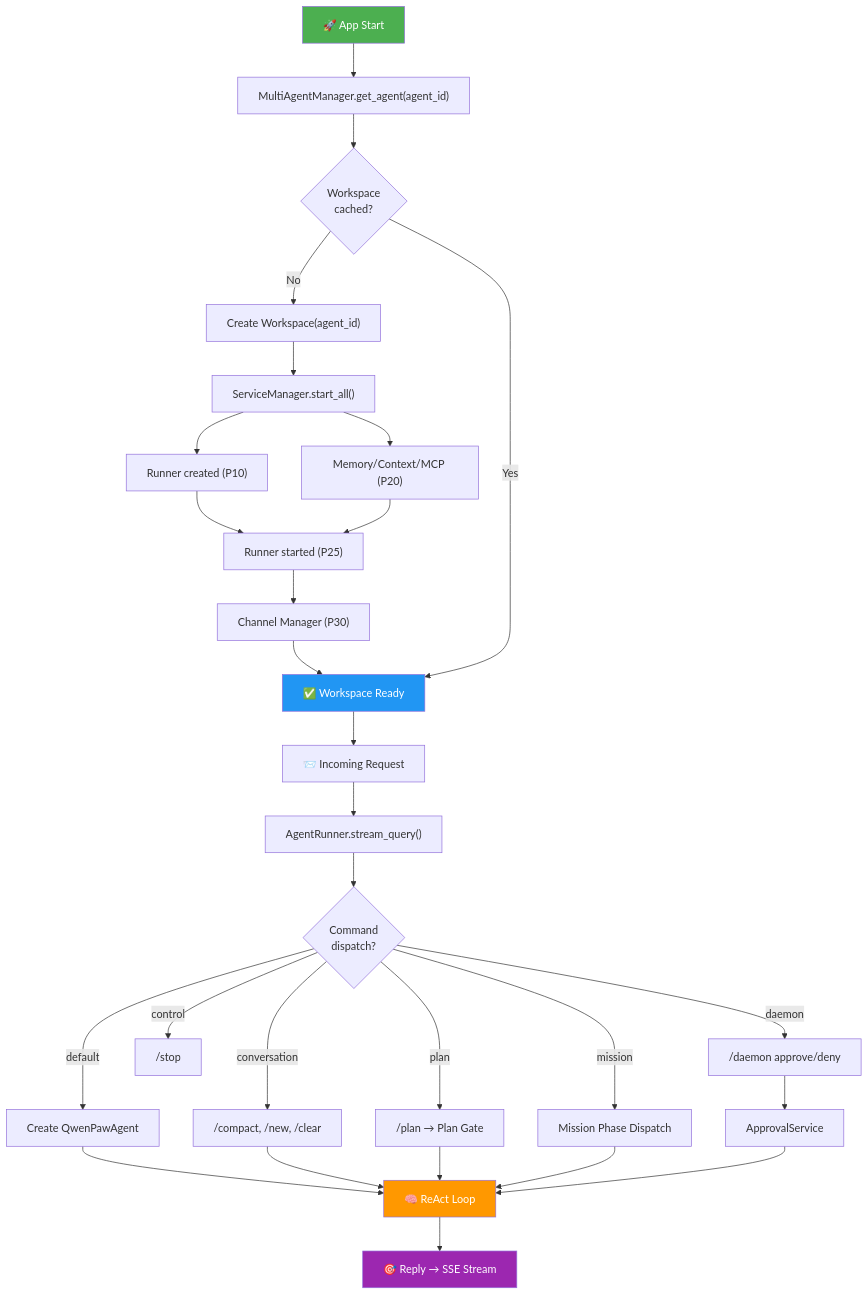
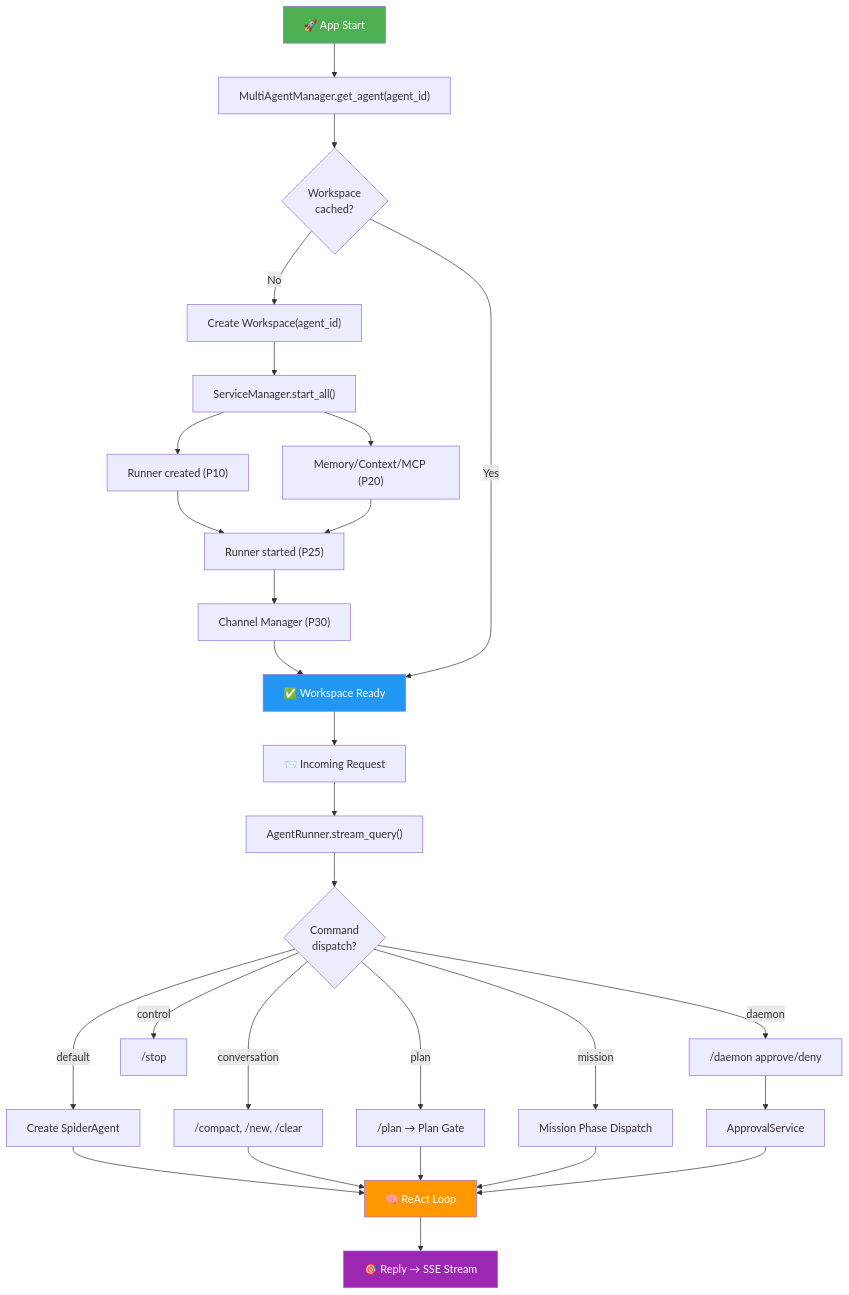
One commit to phamdinhdat-ai/SpiderAgents changed the first of 4 diagrams in docs/02-agent-system.md. Above: the diagram before and after it, drawn with Mermaid. The commit also changed other lines of this file and 37 other files, not shown here.

````diff
--- a/docs/02-agent-system.md
+++ b/docs/02-agent-system.md
@@ -9,35 +9,35 @@
 ```mermaid
 flowchart TD
     A["🚀 App Start"] --> B["MultiAgentManager.get_agent(agent_id)"]
     B --> C{"Workspace<br/>cached?"}
     C -->|No| D["Create Workspace(agent_id)"]
     D --> E["ServiceManager.start_all()"]
     E --> F["Runner created (P10)"]
     E --> G["Memory/Context/MCP (P20)"]
     F --> H["Runner started (P25)"]
     G --> H
     H --> I["Channel Manager (P30)"]
     I --> J["✅ Workspace Ready"]
     C -->|Yes| J
     J --> K["📨 Incoming Request"]
     K --> L["AgentRunner.stream_query()"]
     L --> M{"Command<br/>dispatch?"}
     M -->|daemon| N["/daemon approve/deny"]
     M -->|control| O["/stop"]
     M -->|conversation| P["/compact, /new, /clear"]
     M -->|plan| Q["/plan → Plan Gate"]
     M -->|mission| R["Mission Phase Dispatch"]
-    M -->|default| S["Create QwenPawAgent"]
+    M -->|default| S["Create SpiderAgent"]
     S --> T["🧠 ReAct Loop"]
     T --> U["🎯 Reply → SSE Stream"]
     N --> V["ApprovalService"]
     P --> T
     Q --> T
     R --> T
     V --> T
 
     style A fill:#4CAF50,color:#fff
     style J fill:#2196F3,color:#fff
     style T fill:#FF9800,color:#fff
     style U fill:#9C27B0,color:#fff
 ```
````
